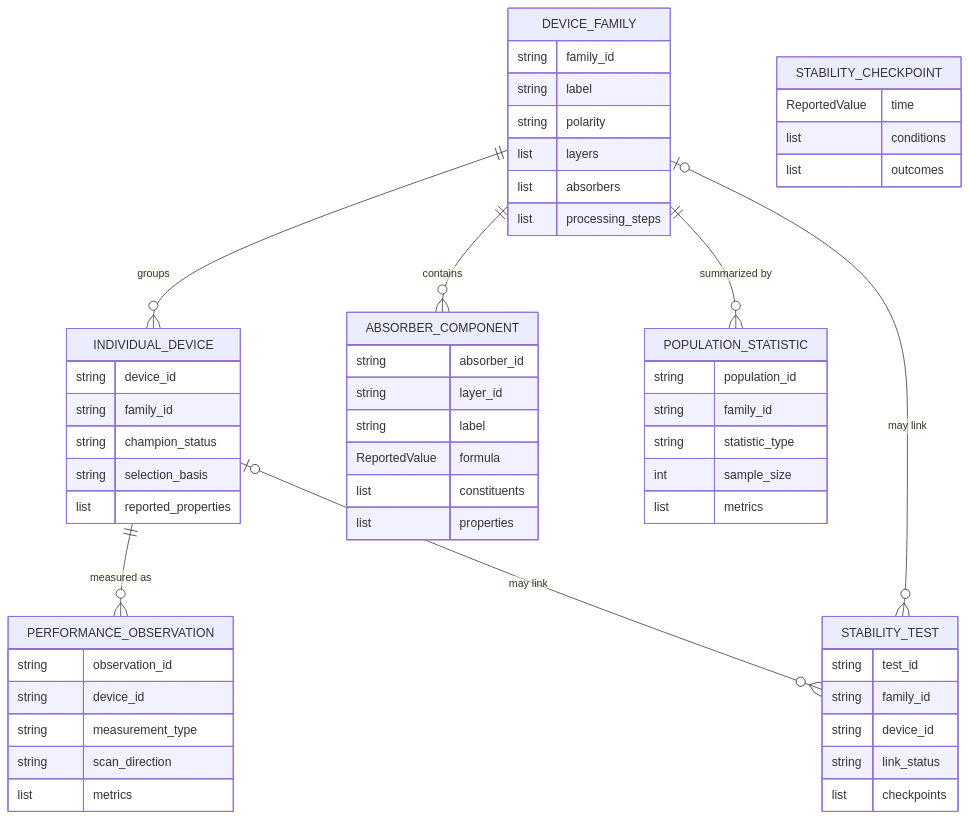
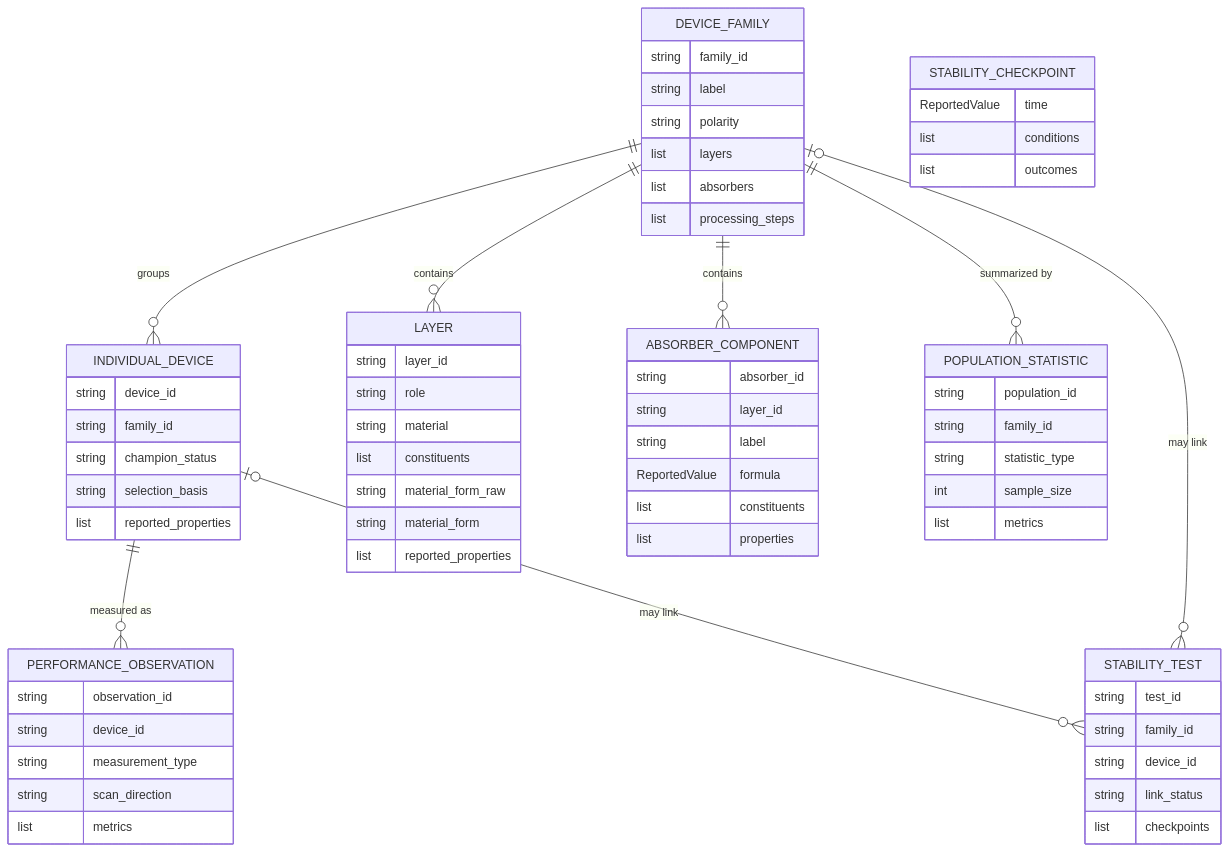
One commit to lamalab-org/perla-extract changed the diagram in docs/concepts/study-model.md. Above: the diagram before and after it, drawn with Mermaid. The commit also changed other lines of this file and 24 other files, not shown here.

Commit message:
feat: normalize layer form and cite deterministic spans

````diff
--- a/docs/concepts/study-model.md
+++ b/docs/concepts/study-model.md
@@ -8,59 +8,69 @@
 ```mermaid
 erDiagram
     DEVICE_FAMILY ||--o{ INDIVIDUAL_DEVICE : "groups"
+    DEVICE_FAMILY ||--o{ LAYER : "contains"
     DEVICE_FAMILY ||--o{ ABSORBER_COMPONENT : "contains"
     DEVICE_FAMILY ||--o{ POPULATION_STATISTIC : "summarized by"
     INDIVIDUAL_DEVICE ||--o{ PERFORMANCE_OBSERVATION : "measured as"
     DEVICE_FAMILY o|--o{ STABILITY_TEST : "may link"
     INDIVIDUAL_DEVICE o|--o{ STABILITY_TEST : "may link"
 
     DEVICE_FAMILY {
         string family_id
         string label
         string polarity
         list layers
         list absorbers
         list processing_steps
+    }
+    LAYER {
+        string layer_id
+        string role
+        string material
+        list constituents
+        string material_form_raw
+        string material_form
+        list reported_properties
     }
     ABSORBER_COMPONENT {
         string absorber_id
         string layer_id
         string label
         ReportedValue formula
         list constituents
         list properties
     }
     INDIVIDUAL_DEVICE {
         string device_id
         string family_id
         string champion_status
         string selection_basis
         list reported_properties
     }
     PERFORMANCE_OBSERVATION {
         string observation_id
         string device_id
         string measurement_type
         string scan_direction
         list metrics
     }
     POPULATION_STATISTIC {
         string population_id
         string family_id
         string statistic_type
         int sample_size
         list metrics
     }
     STABILITY_TEST {
         string test_id
         string family_id
         string device_id
         string link_status
         list checkpoints
     }
     STABILITY_CHECKPOINT {
         ReportedValue time
         list conditions
         list outcomes
     }
 ```
````
